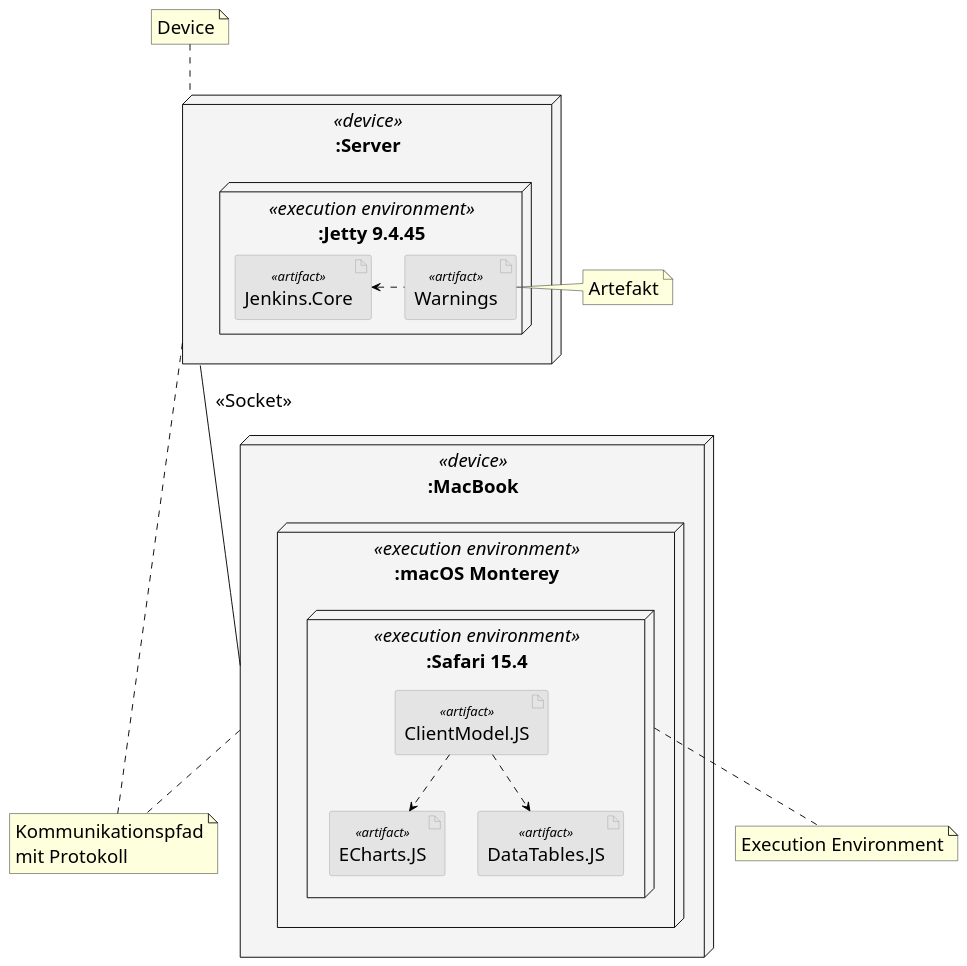
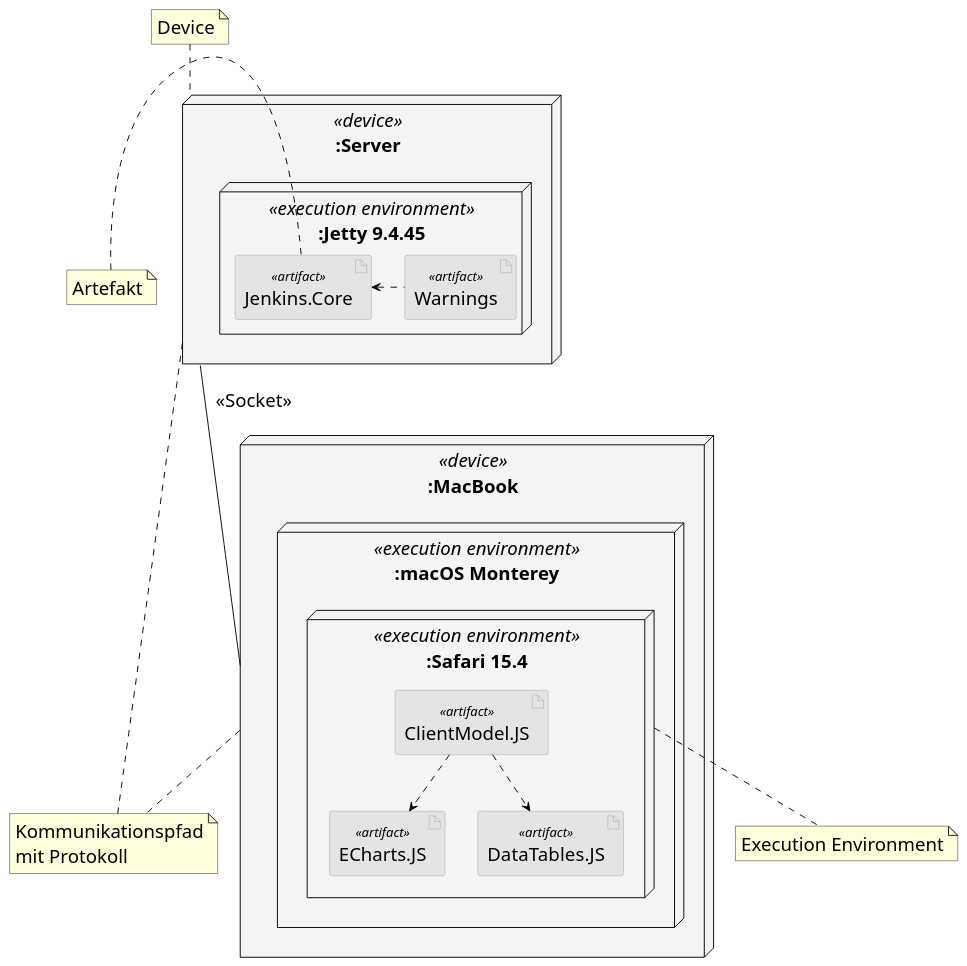
One commit to uhafner/codingstyle changed the diagram in doc/uml/deployment-diagram.puml. Above: the diagram before and after it, drawn with PlantUML. The commit also changed 2 other files, not shown here.

Commit message:
Improve UML legend.

```diff
--- a/doc/uml/deployment-diagram.puml
+++ b/doc/uml/deployment-diagram.puml
@@ -1,68 +1,67 @@
 @startuml
 
 skinparam componentStyle uml2
 skinparam FontName Arial Black
 skinparam classFontName Arial
 skinparam classAttributeIconSize 0
 skinparam defaultFontSize 20
 skinparam classFontSize 24
 skinparam componentStyle uml2
 skinparam ArrowColor black
 
 skinparam node {
   BackgroundColor #f4f4f4
   BorderColor #a0a0a0
   BackgroundColor<<Main>> gold
   BorderColor black
 }
 
 skinparam artifact {
   BackgroundColor #e4e4e4
   BorderColor #a0a0a0
   ArrowColor black
-  FontName  Arial Unicode MS
+  FontName Arial Unicode MS
   FontSize 20
   StereotypeFontSize 14
 }
-
 
 node ":MacBook" <<device>> {
     node ":macOS Monterey" <<execution environment>>  {
         node ":Safari 15.4" <<execution environment>>  {
             artifact ECharts.JS <<artifact>> as EI
             artifact DataTables.JS <<artifact>> as DI
             artifact ClientModel.JS <<artifact>> as P
         }
     }
 }
 
 
 P ..> EI
 P ..> DI
 
 node ":Server" <<device>> {
     node ":Jetty 9.4.45" <<execution environment>>  {
         artifact Warnings <<artifact>> as W
         artifact Jenkins.Core <<artifact>> as C
     }
 }
 
 C <. W
 
 ":Server" -down- ":MacBook" : "  <<Socket>>"
 
 note "Artefakt" as artifact
 note "Kommunikationspfad\nmit Protokoll" as channel
 note "Device" as device
 note "Execution Environment" as env
 
 ":Server" .up. device
 ":Safari 15.4" .down. env
 
 ":Server" .. channel
 ":MacBook" .. channel
 
-W .right. artifact
+C .left. artifact
 
 
 @enduml
```
